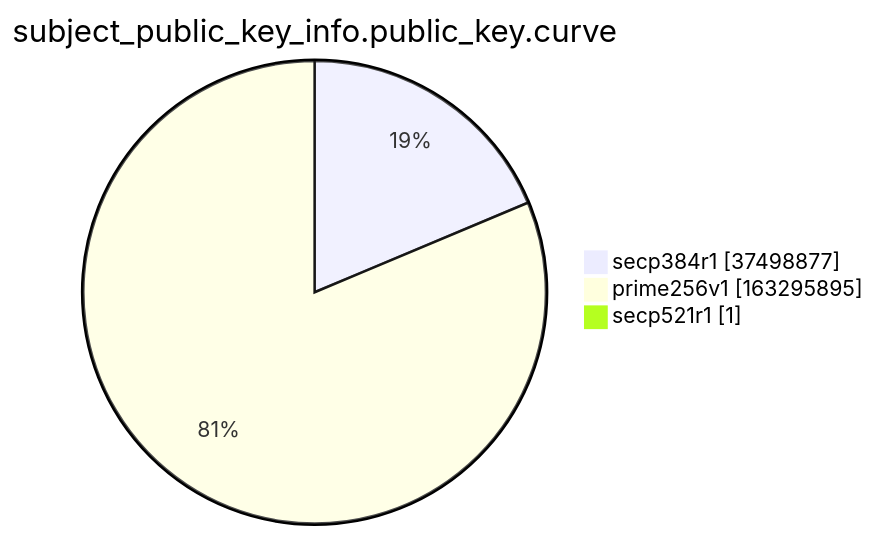
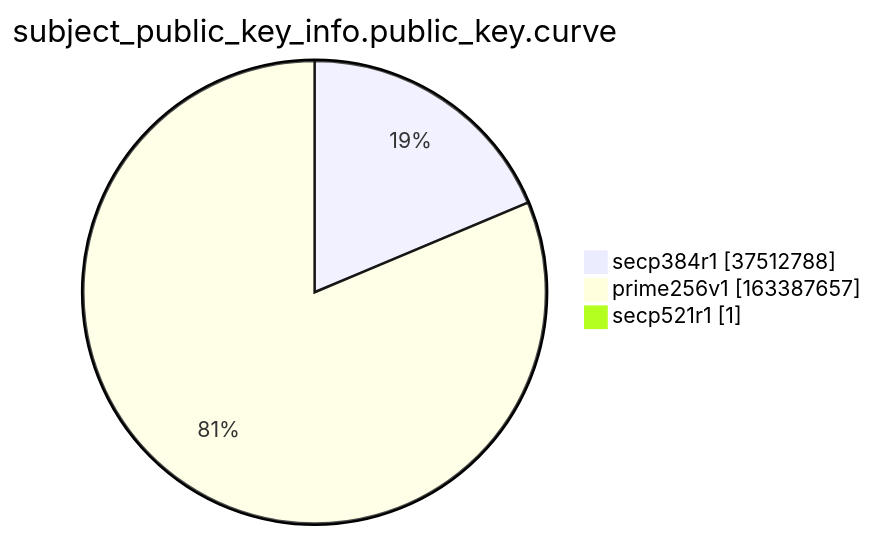
Before and after one commit to christiankrug/ctmonitor_visualization: the ninth of 15 diagrams in argon2022/README.md, drawn with Mermaid. The commit also changed other lines of this file, not shown here.

````diff
--- a/argon2022/README.md
+++ b/argon2022/README.md
@@ -2766,7 +2766,7 @@
 ```mermaid
 pie showData
 title subject_public_key_info.public_key.curve
-"secp384r1" :37498877
-"prime256v1" :163295895
+"secp384r1" :37512788
+"prime256v1" :163387657
 "secp521r1" :1
 ```
````
